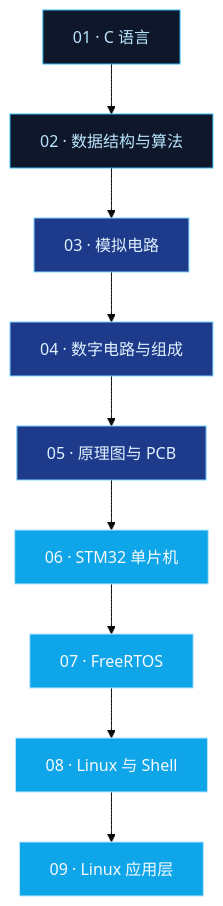
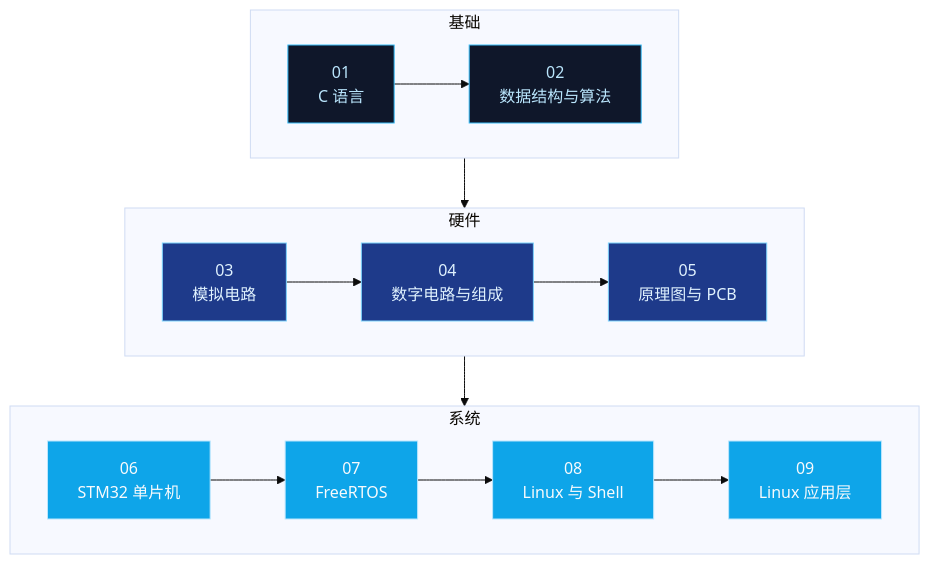
One commit to Ashleycurry/embedded-roadmap changed the diagram in README.md. Above: the diagram before and after it, drawn with Mermaid (base theme). The commit also changed other lines of this file and 1 other file, not shown here.

Commit message:
refactor: redesign overview as staged flow, drop hands-on projects

````diff
--- a/README.md
+++ b/README.md
@@ -57,21 +57,35 @@
 ```mermaid
-flowchart TD
-    N1["01 · C 语言"]
-    N2["02 · 数据结构与算法"]
-    N3["03 · 模拟电路"]
-    N4["04 · 数字电路与组成"]
-    N5["05 · 原理图与 PCB"]
-    N6["06 · STM32 单片机"]
-    N7["07 · FreeRTOS"]
-    N8["08 · Linux 与 Shell"]
-    N9["09 · Linux 应用层"]
+flowchart TB
+    subgraph P1["基础"]
+        direction LR
+        N1["01<br/>C 语言"]
+        N2["02<br/>数据结构与算法"]
+        N1 --> N2
+    end
 
-    N1 --> N2 --> N3 --> N4 --> N5 --> N6 --> N7 --> N8 --> N9
+    subgraph P2["硬件"]
+        direction LR
+        N3["03<br/>模拟电路"]
+        N4["04<br/>数字电路与组成"]
+        N5["05<br/>原理图与 PCB"]
+        N3 --> N4 --> N5
+    end
 
-    classDef soft fill:#0F172A,stroke:#38BDF8,color:#BAE6FD,stroke-width:1px
-    classDef hw fill:#1E3A8A,stroke:#7DD3FC,color:#E0F2FE,stroke-width:1px
-    classDef sys fill:#0EA5E9,stroke:#BAE6FD,color:#F8FAFC,stroke-width:1px
-    class N1,N2 soft
-    class N3,N4,N5 hw
-    class N6,N7,N8,N9 sys
+    subgraph P3["系统"]
+        direction LR
+        N6["06<br/>STM32 单片机"]
+        N7["07<br/>FreeRTOS"]
+        N8["08<br/>Linux 与 Shell"]
+        N9["09<br/>Linux 应用层"]
+        N6 --> N7 --> N8 --> N9
+    end
+
+    P1 --> P2 --> P3
+
+    classDef c1 fill:#0F172A,stroke:#38BDF8,color:#BAE6FD,stroke-width:1px
+    classDef c2 fill:#1E3A8A,stroke:#7DD3FC,color:#E0F2FE,stroke-width:1px
+    classDef c3 fill:#0EA5E9,stroke:#BAE6FD,color:#F8FAFC,stroke-width:1px
+    class N1,N2 c1
+    class N3,N4,N5 c2
+    class N6,N7,N8,N9 c3
 ```
````
